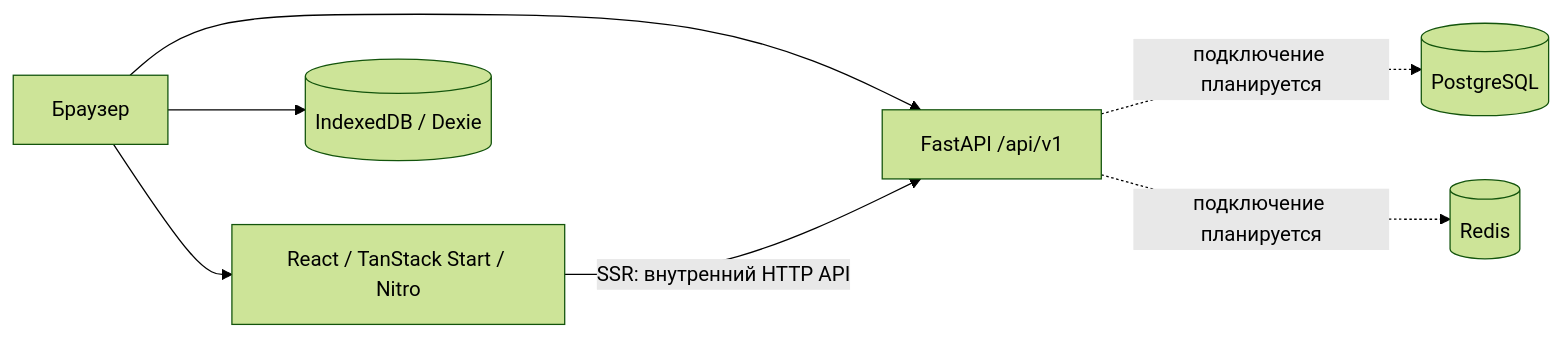
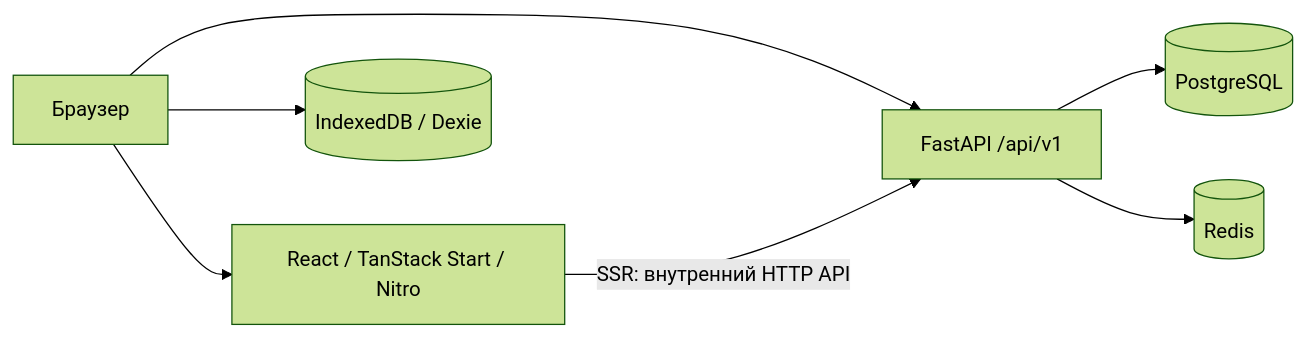
Before and after one commit to guitar-riff-pe/pe: the diagram in README.md, drawn with Mermaid (forest theme). The commit also changed other lines of this file and 40 other files, not shown here.

````diff
--- a/README.md
+++ b/README.md
@@ -104,9 +105,9 @@
 ```mermaid
 flowchart LR
     browser[Браузер] --> frontend[React / TanStack Start / Nitro]
     browser --> api[FastAPI /api/v1]
     frontend -->|SSR: внутренний HTTP API| api
     browser --> indexeddb[(IndexedDB / Dexie)]
-    api -. подключение планируется .-> postgres[(PostgreSQL)]
-    api -. подключение планируется .-> redis[(Redis)]
+    api --> postgres[(PostgreSQL)]
+    api --> redis[(Redis)]
 ```
````
